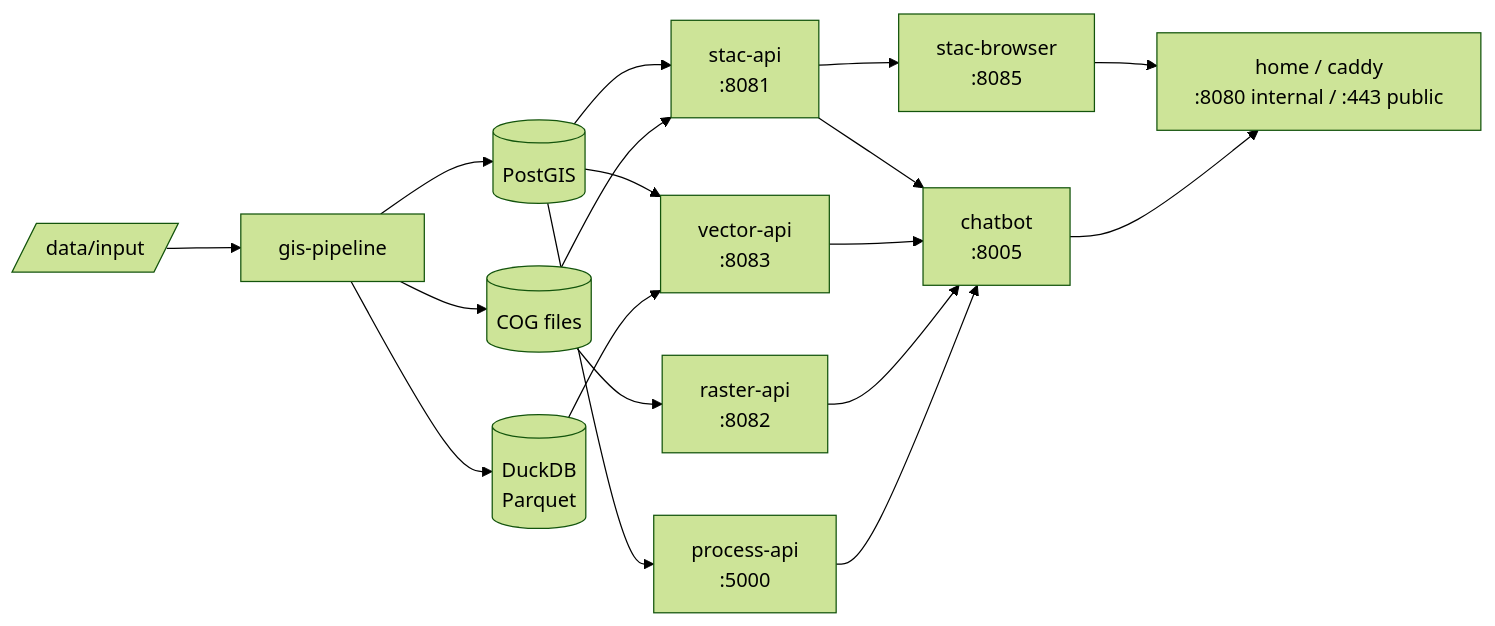
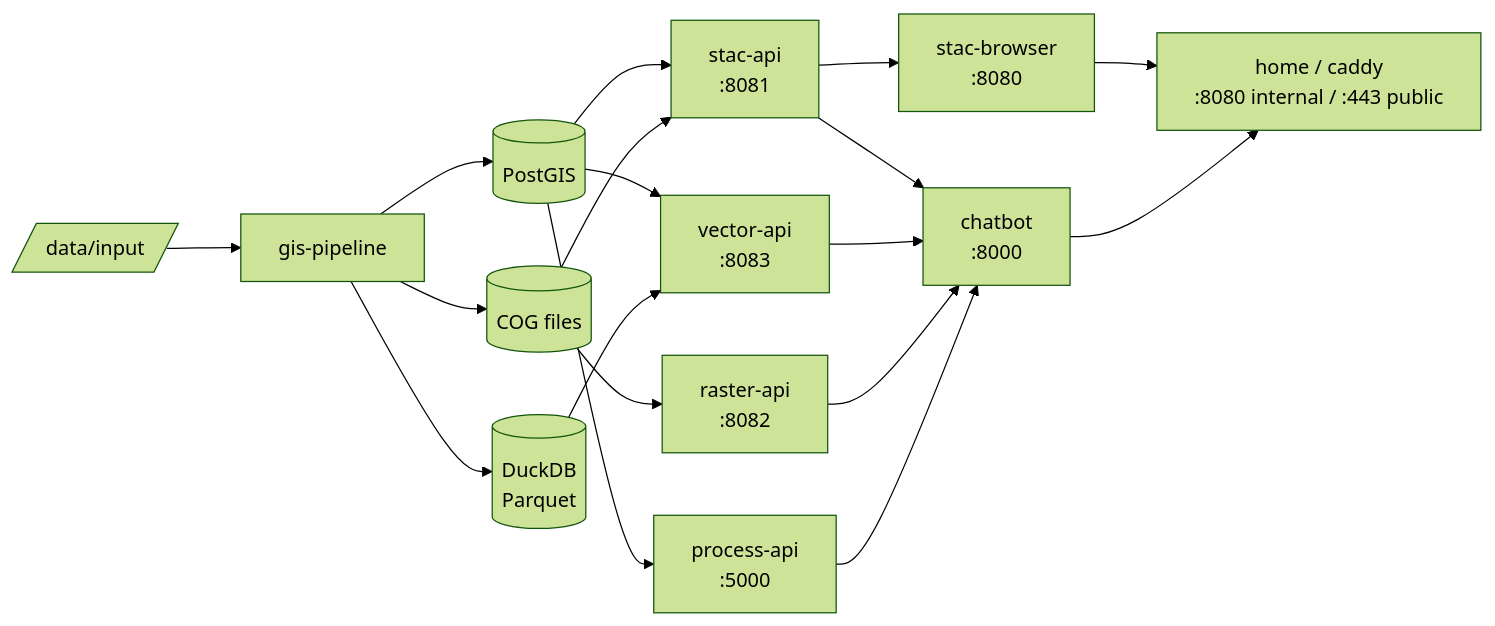
The diagram in docs/ARCHITECTURE.md (jeremie-durand/Agri-SDSS), drawn with Mermaid (forest theme) before and after one commit. The commit also changed other lines of this file and 22 other files, not shown here.

````diff
--- a/docs/ARCHITECTURE.md
+++ b/docs/ARCHITECTURE.md
@@ -7,25 +7,25 @@
 ```mermaid
 flowchart LR
     IN[/data/input/] --> GP[gis-pipeline]
 
     GP --> PG[(PostGIS)]
     GP --> COG[(COG files)]
     GP --> DK[(DuckDB\nParquet)]
 
     PG --> STAC[stac-api\n:8081]
     PG --> VEC[vector-api\n:8083]
     COG --> RAST[raster-api\n:8082]
     COG --> STAC
 
     DK --> VEC
     PG --> PYGE[process-api\n:5000]
 
-    STAC --> SB[stac-browser\n:8085]
-    STAC --> CHAT[chatbot\n:8005]
+    STAC --> SB[stac-browser\n:8080]
+    STAC --> CHAT[chatbot\n:8000]
     VEC --> CHAT
     RAST --> CHAT
     PYGE --> CHAT
 
     SB --> HOME[home / caddy\n:8080 internal / :443 public]
     CHAT --> HOME
 ```
````
